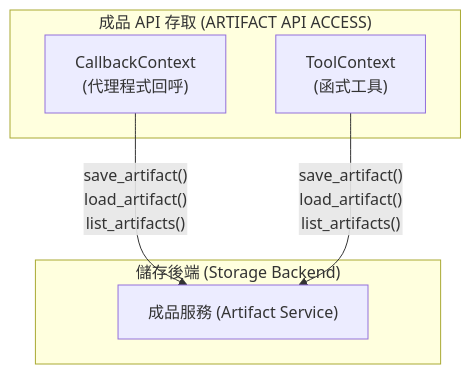
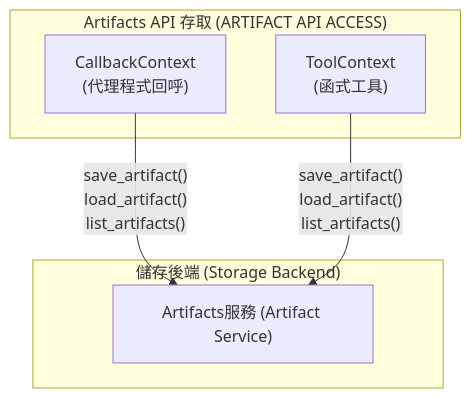
The second of 8 diagrams in workspace/notes/google-adk-training-hub/adk_training/19-artifacts_files.md (lastingyeh/google-adk-study), drawn with Mermaid before and after one commit. The commit also changed other lines of this file and 9 other files, not shown here.

````diff
--- a/workspace/notes/google-adk-training-hub/adk_training/19-artifacts_files.md
+++ b/workspace/notes/google-adk-training-hub/adk_training/19-artifacts_files.md
@@ -122,14 +122,14 @@
 ```mermaid
 graph TD
-    subgraph "成品 API 存取 (ARTIFACT API ACCESS)"
+    subgraph "Artifacts API 存取 (ARTIFACT API ACCESS)"
         A["CallbackContext<br/>(代理程式回呼)"]
         B["ToolContext<br/>(函式工具)"]
     end
 
     subgraph "儲存後端 (Storage Backend)"
-        C["成品服務 (Artifact Service)"]
+        C["Artifacts服務 (Artifact Service)"]
     end
 
     A -- "save_artifact()<br/>load_artifact()<br/>list_artifacts()" --> C
     B -- "save_artifact()<br/>load_artifact()<br/>list_artifacts()" --> C
 ```
````
